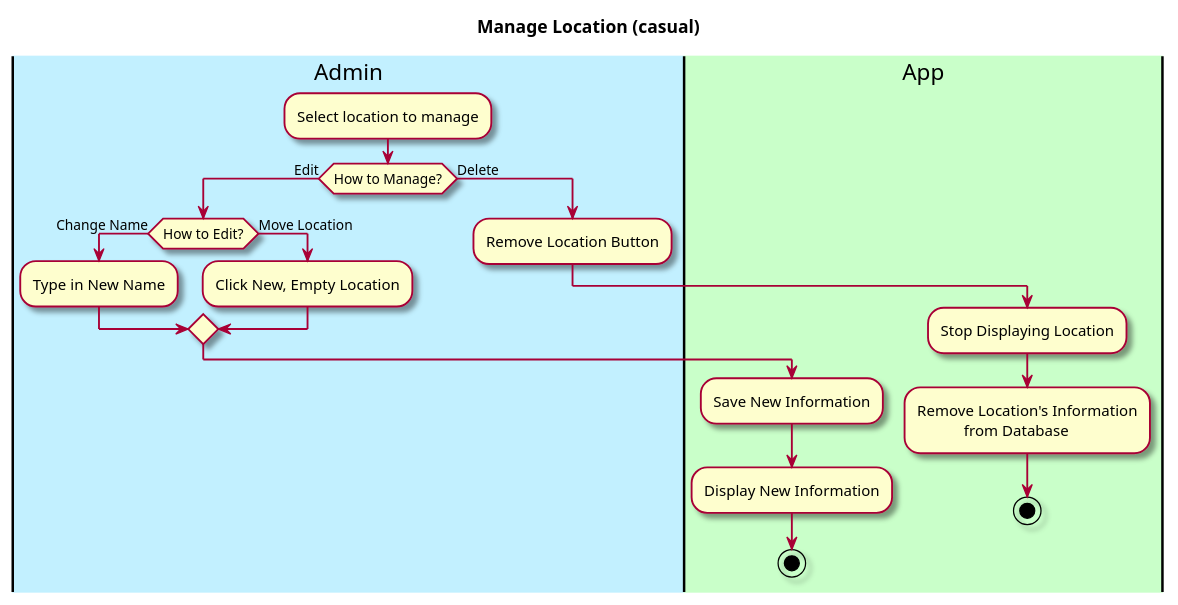
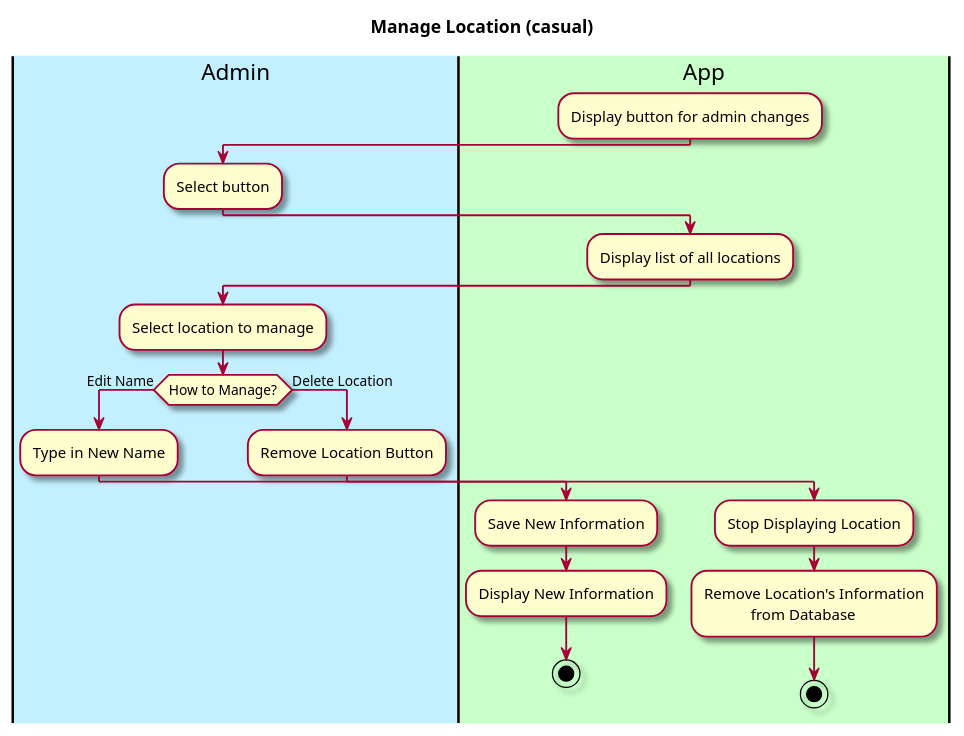
One commit to manoushpajouh/Vassar-Crowdmeter changed the diagram in intellij/documentation/use_cases/manage_location.md. Above: the diagram before and after it, drawn with PlantUML. The commit also changed 1 other file, not shown here.

Commit message:
refined use case diagrams for checkbusy and manageloc

````diff
--- a/intellij/documentation/use_cases/manage_location.md
+++ b/intellij/documentation/use_cases/manage_location.md
@@ -24,38 +24,42 @@
 ```plantuml
 @startuml
 
 skin rose
 
 title Manage Location (casual)
 
 'define the lanes
 |#application|Admin|
 |#technology|App|
 
+|App|
+:Display button for admin changes;
+|Admin|
+:Select button;
+|App|
+:Display list of all locations;
 
 |Admin|
 :Select location to manage;
 
-if (How to Manage?) then (Edit)
-
-    if (How to Edit?) then (Change Name)
+if (How to Manage?) then (Edit Name)
         :Type in New Name;
-    else (Move Location) 
-        :Click New, Empty Location; 
-    endif    
-      |App|
+        
+     |App|
         :Save New Information;
         :Display New Information;
         stop
+        
+        
 |Admin|
-else (Delete)
+else (Delete Location)
     :Remove Location Button;
 
 |App|
 :Stop Displaying Location;
 :Remove Location's Information
             from Database;
 
 stop
 @enduml
 ```
````
